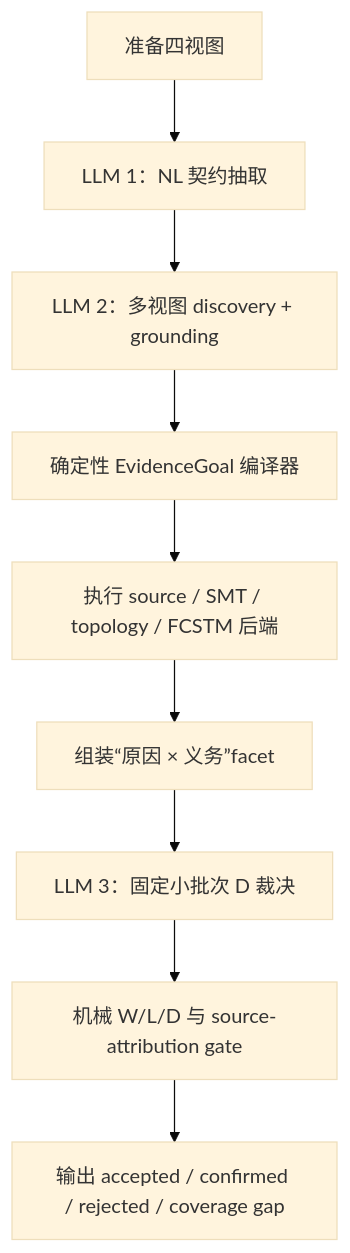
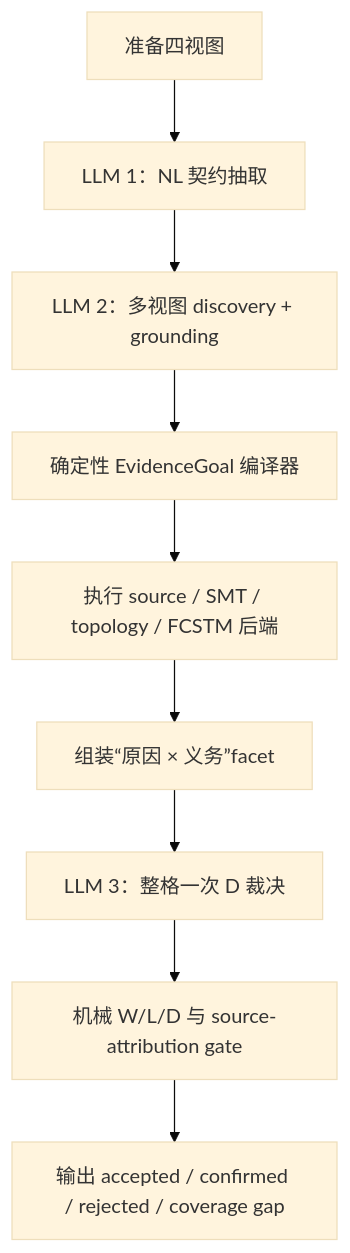
Before and after one commit to HansBug/research_ideas: the diagram in project_1_llm_state_machine_modeling/paper_stm_issue_discover/pipeline/witness_search_prototype/METHOD_DESIGN.md, drawn with Mermaid (base theme). The commit also changed other lines of this file and 9 other files, not shown here.

````diff
--- a/project_1_llm_state_machine_modeling/paper_stm_issue_discover/pipeline/witness_search_prototype/METHOD_DESIGN.md
+++ b/project_1_llm_state_machine_modeling/paper_stm_issue_discover/pipeline/witness_search_prototype/METHOD_DESIGN.md
@@ -17,11 +17,11 @@
 ```mermaid
 flowchart TD
   P[准备四视图] --> C[LLM 1：NL 契约抽取]
   C --> G[LLM 2：多视图 discovery + grounding]
   G --> K[确定性 EvidenceGoal 编译器]
   K --> X[执行 source / SMT / topology / FCSTM 后端]
   X --> F[组装“原因 × 义务”facet]
-  F --> D[LLM 3：固定小批次 D 裁决]
+  F --> D[LLM 3：整格一次 D 裁决]
   D --> V[机械 W/L/D 与 source-attribution gate]
   V --> O[输出 accepted / confirmed / rejected / coverage gap]
 ```
````
